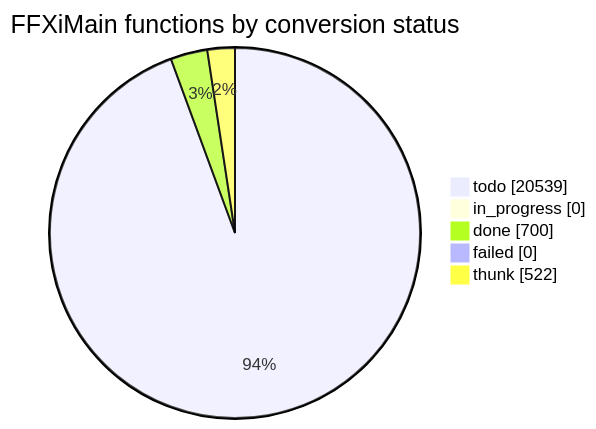
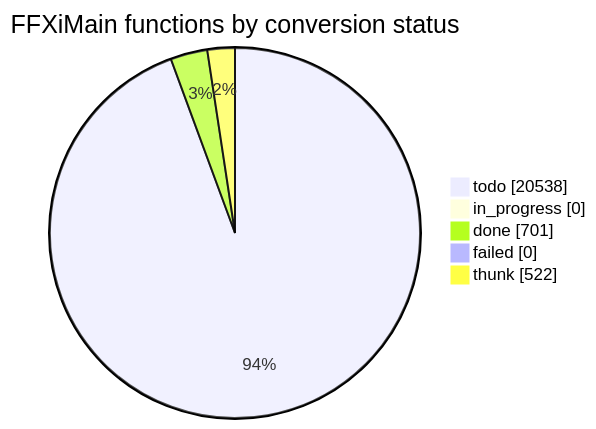
The diagram in docs/cow/STATUS.md (cowrevenge/cow_kuluu_xi_anything), drawn with Mermaid before and after one commit. The commit also changed other lines of this file and 9 other files, not shown here.

````diff
--- a/docs/cow/STATUS.md
+++ b/docs/cow/STATUS.md
@@ -18,9 +18,9 @@
 ```mermaid
 pie showData
     title FFXiMain functions by conversion status
-    "todo" : 20539
+    "todo" : 20538
     "in_progress" : 0
-    "done" : 700
+    "done" : 701
     "failed" : 0
     "thunk" : 522
 ```
````
